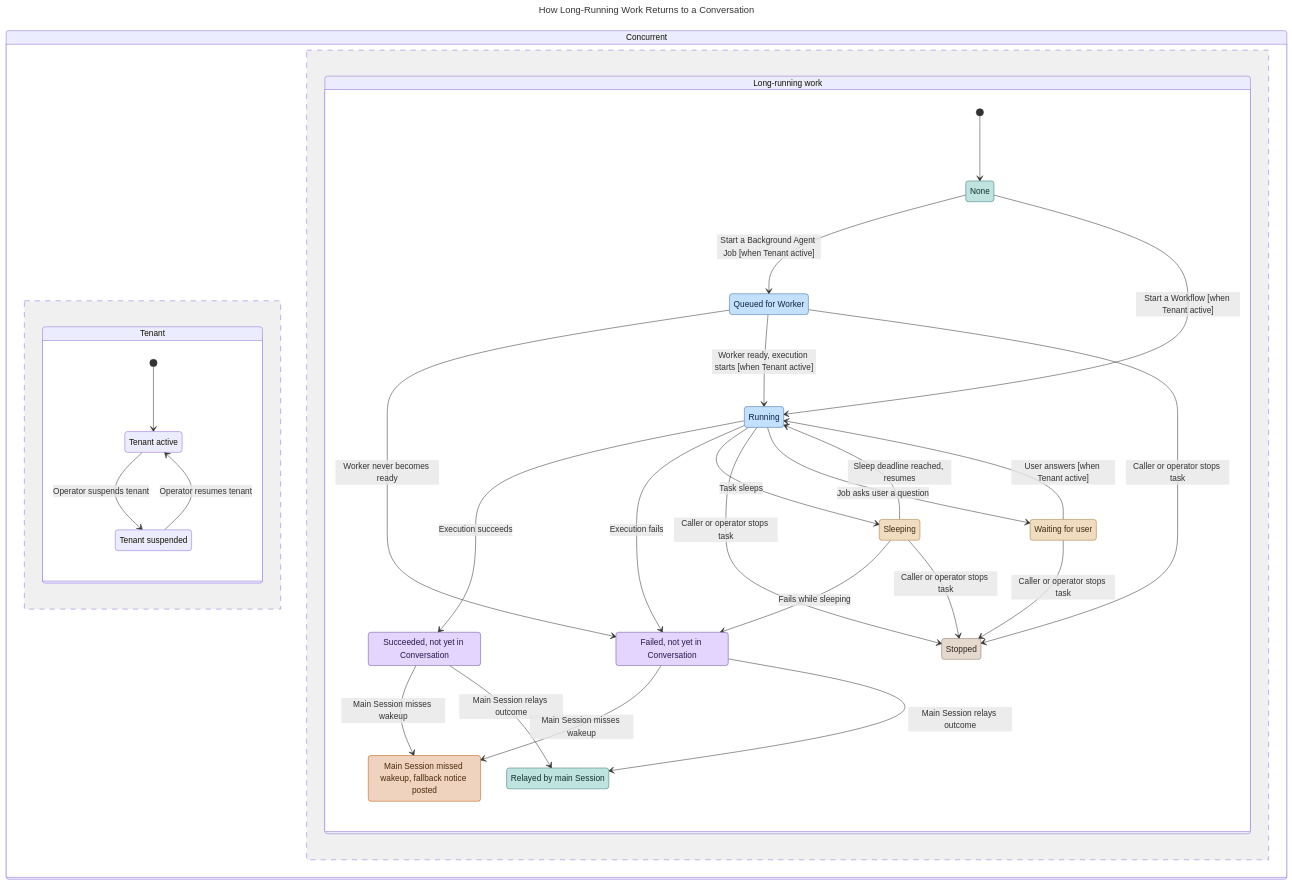
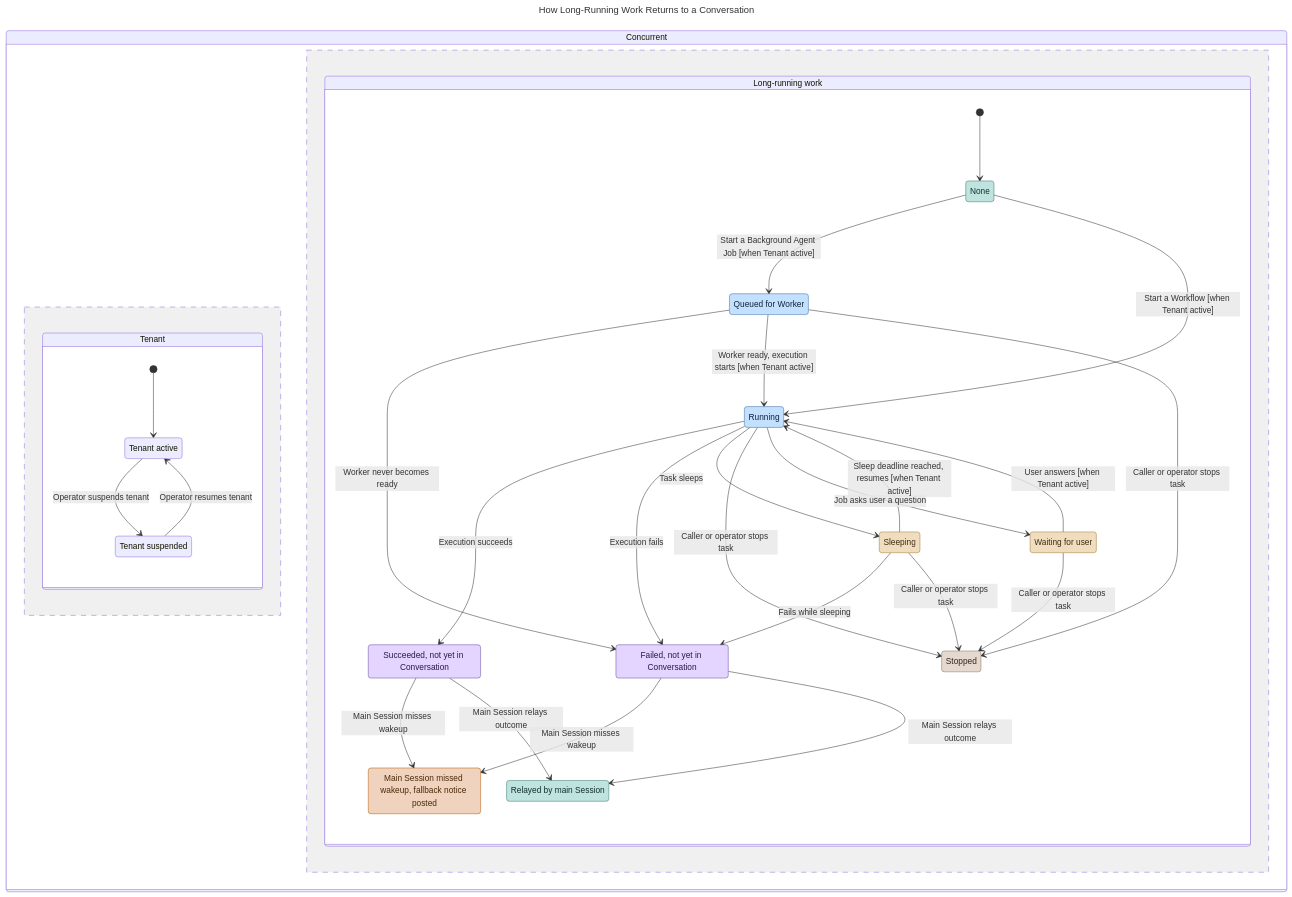
One commit to AgentBull/ankole changed the second of 10 diagrams in docs/design-docs/overview.md. Above: the diagram before and after it, drawn with Mermaid. The commit also changed other lines of this file and 285 other files, not shown here.

````diff
--- a/docs/design-docs/overview.md
+++ b/docs/design-docs/overview.md
@@ -109,65 +109,65 @@
 ```mermaid
 ---
 title: How Long-Running Work Returns to a Conversation
 ---
 stateDiagram-v2
   direction LR
   classDef teal fill:#bfe3df,stroke:#3d7a72,color:#12302c
   classDef blue fill:#c3e0ff,stroke:#3d6ea8,color:#10243d
   classDef yellow fill:#f0dcbf,stroke:#a67c3d,color:#3d2c12
   classDef orange fill:#f0d3bf,stroke:#b85a06,color:#4a2a08
   classDef purple fill:#e3d5ff,stroke:#6b4ea3,color:#2a1848
   classDef tan fill:#e5d9ce,stroke:#8a7564,color:#2e261f
   state "Concurrent" as all {
   state "Tenant" as r0 {
     s0: Tenant active
     s1: Tenant suspended
     [*] --> s0
     s0 --> s1: Operator suspends tenant
     s1 --> s0: Operator resumes tenant
   }
   --
   state "Long-running work" as r1 {
     s2: None
     s3: Queued for Worker
     s4: Running
     s5: Succeeded, not yet in Conversation
     s6: Failed, not yet in Conversation
     s7: Sleeping
     s8: Stopped
     s9: Main Session missed wakeup, fallback notice posted
     s10: Waiting for user
     s11: Relayed by main Session
     [*] --> s2
     s2 --> s3: Start a Background Agent Job [when Tenant active]
     s2 --> s4: Start a Workflow [when Tenant active]
     s3 --> s6: Worker never becomes ready
     s3 --> s4: Worker ready, execution starts [when Tenant active]
     s3 --> s8: Caller or operator stops task
     s4 --> s5: Execution succeeds
     s4 --> s6: Execution fails
     s4 --> s7: Task sleeps
     s4 --> s8: Caller or operator stops task
     s5 --> s9: Main Session misses wakeup
     s5 --> s11: Main Session relays outcome
     s6 --> s9: Main Session misses wakeup
     s6 --> s11: Main Session relays outcome
     s4 --> s10: Job asks user a question
-    s7 --> s4: Sleep deadline reached, resumes
+    s7 --> s4: Sleep deadline reached, resumes [when Tenant active]
     s7 --> s6: Fails while sleeping
     s7 --> s8: Caller or operator stops task
     s10 --> s4: User answers [when Tenant active]
     s10 --> s8: Caller or operator stops task
   }
   }
   class s2 teal
   class s3 blue
   class s4 blue
   class s5 purple
   class s6 purple
   class s7 yellow
   class s8 tan
   class s9 orange
   class s10 yellow
   class s11 teal
 ```
````
